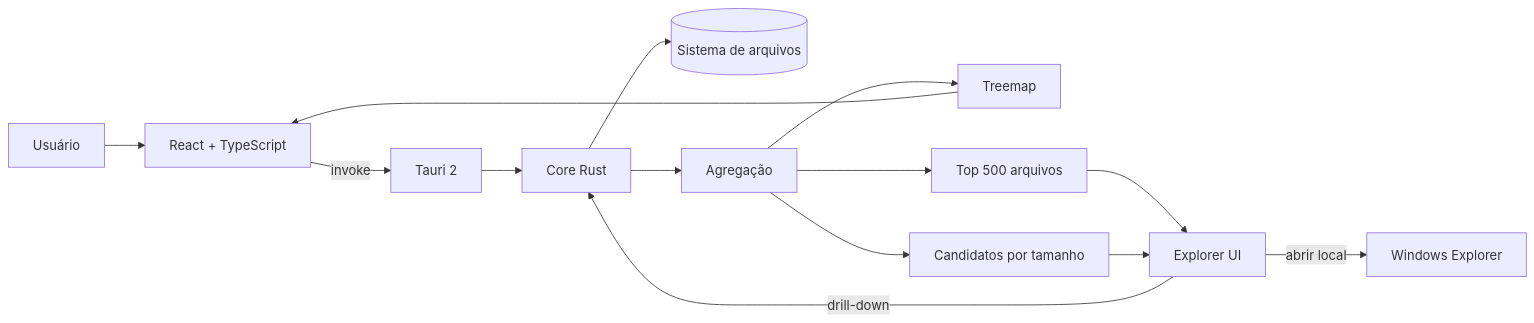
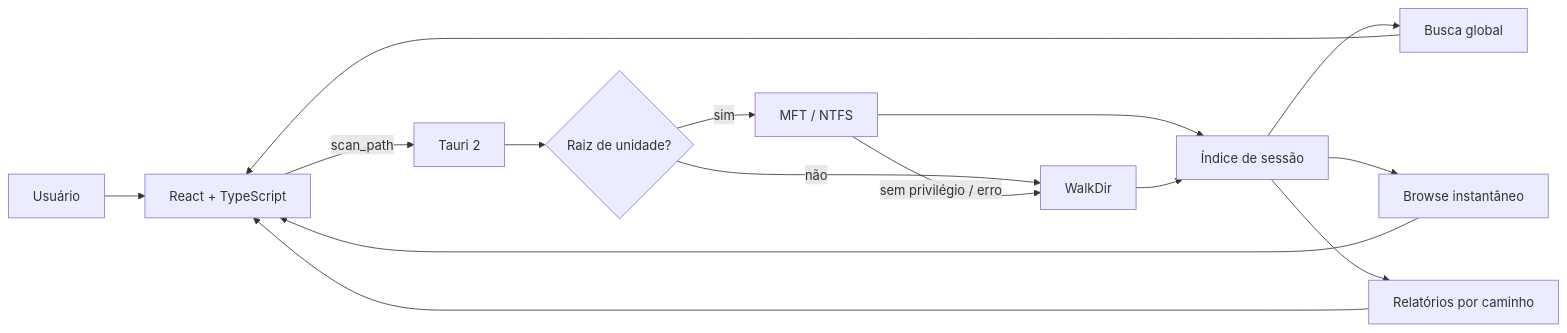
Before and after one commit to tombemol/L.I.V.I.A: the first of 3 diagrams in README.md, drawn with Mermaid. The commit also changed other lines of this file and 8 other files, not shown here.

````diff
--- a/README.md
+++ b/README.md
@@ -67,16 +75,17 @@
 ```mermaid
 flowchart LR
     U[Usuário] --> UI[React + TypeScript]
-    UI -->|invoke| T[Tauri 2]
-    T --> R[Core Rust]
-    R --> FS[(Sistema de arquivos)]
-    R --> AG[Agregação]
-    AG --> TR[Treemap]
-    AG --> LF[Top 500 arquivos]
-    AG --> DC[Candidatos por tamanho]
-    TR --> UI
-    LF --> EX[Explorer UI]
-    DC --> EX
-    EX -->|drill-down| R
-    EX -->|abrir local| WIN[Windows Explorer]
+    UI -->|scan_path| T[Tauri 2]
+    T --> D{Raiz de unidade?}
+    D -->|sim| M[MFT / NTFS]
+    D -->|não| W[WalkDir]
+    M -->|sem privilégio / erro| W
+    M --> IX[Índice de sessão]
+    W --> IX
+    IX --> S[Busca global]
+    IX --> B[Browse instantâneo]
+    IX --> R[Relatórios por caminho]
+    S --> UI
+    B --> UI
+    R --> UI
 ```
````
